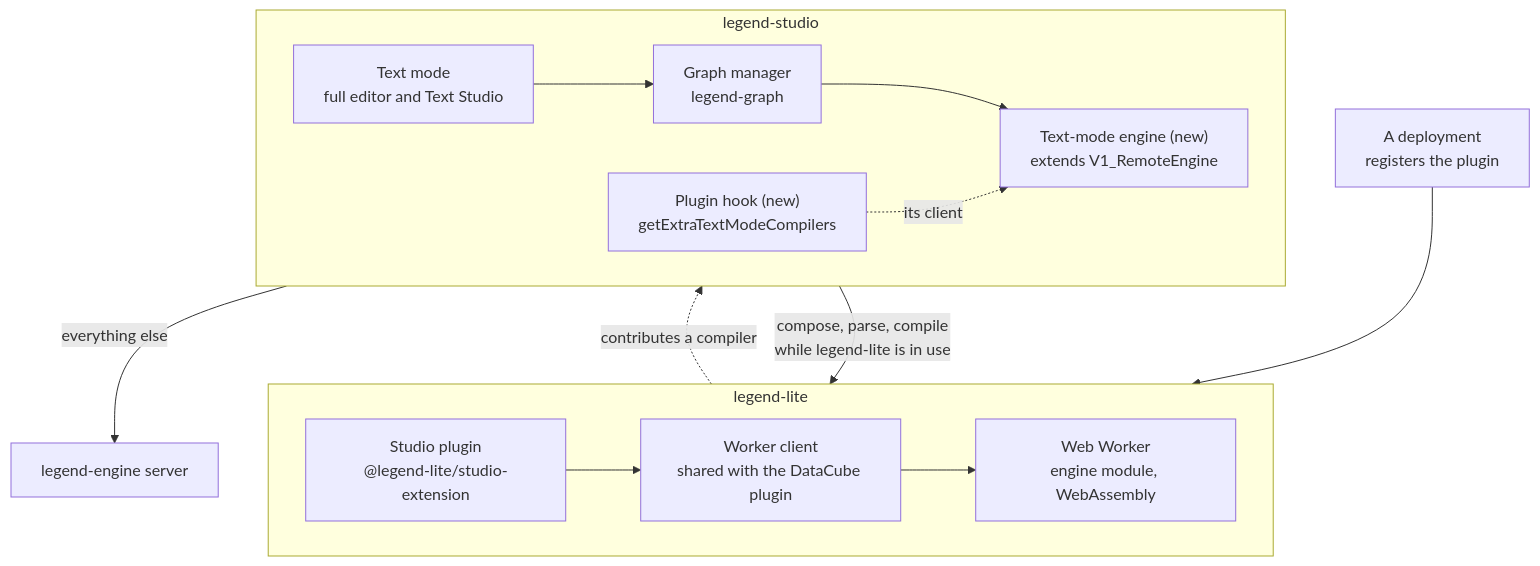
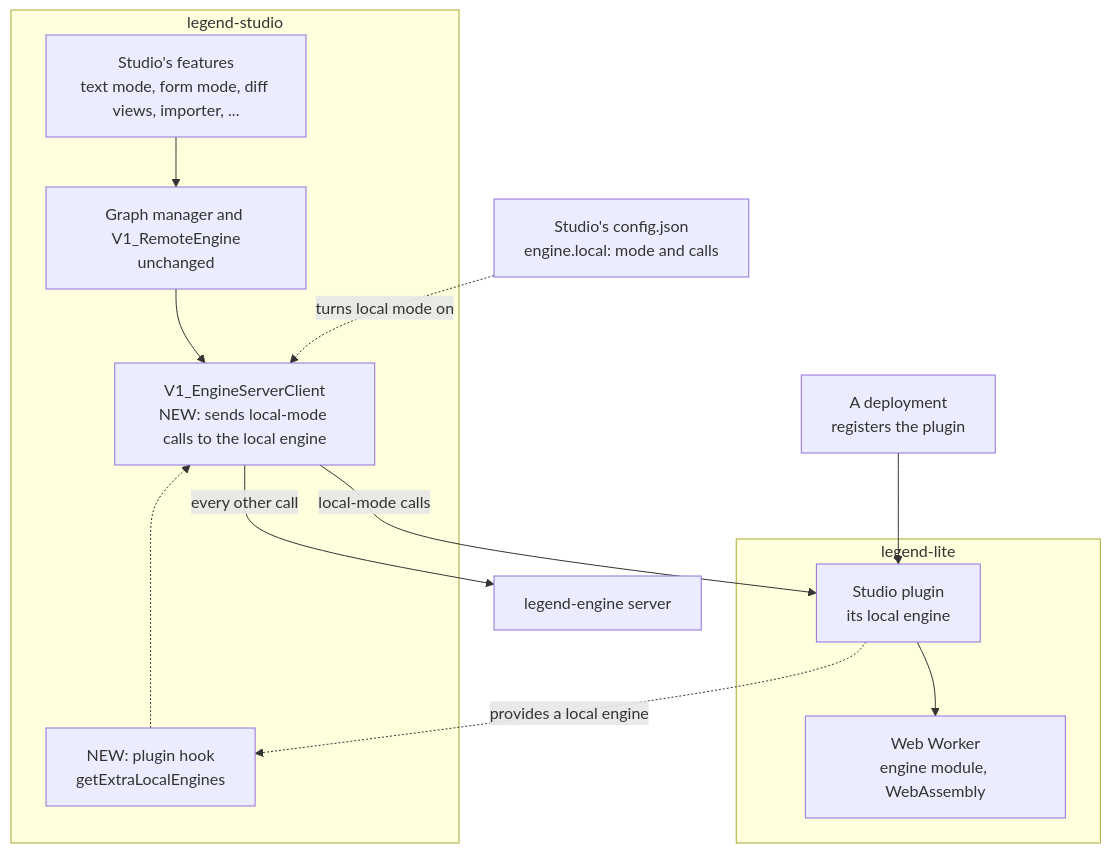
The first of 4 diagrams in docs/LEGEND_STUDIO_TEXT_MODE_PLAN_2026_11_23.md (MauricioUyaguari/legend-lite), drawn with Mermaid before and after one commit. The commit also changed other lines of this file and 2 other files, not shown here.

First line of the commit message:
docs: the Studio plan cut by engine call -- local mode, a config flag, a project check, a growing set of calls

````diff
--- a/docs/LEGEND_STUDIO_TEXT_MODE_PLAN_2026_11_23.md
+++ b/docs/LEGEND_STUDIO_TEXT_MODE_PLAN_2026_11_23.md
@@ -239,19 +294,22 @@
 ```mermaid
 flowchart TB
-    DP["A deployment<br/>registers the plugin"]
+    CFG["Studio's config.json<br/>engine.local: mode and calls"]
+    subgraph S["legend-studio"]
+        APP["Studio's features<br/>text mode, form mode, diff views, importer, ..."]
+        GM["Graph manager and V1_RemoteEngine<br/>unchanged"]
+        CL["V1_EngineServerClient<br/>NEW: sends local-mode calls to the local engine"]
+        HK["NEW: plugin hook<br/>getExtraLocalEngines"]
+        APP --> GM --> CL
+    end
     subgraph L["legend-lite"]
-        direction LR
-        PL["Studio plugin<br/>@legend-lite/studio-extension"] --> CL["Worker client<br/>shared with the DataCube plugin"] --> WK["Web Worker<br/>engine module, WebAssembly"]
+        PL["Studio plugin<br/>its local engine"]
+        WK["Web Worker<br/>engine module, WebAssembly"]
+        PL --> WK
     end
-    subgraph S["legend-studio"]
-        direction LR
-        TM["Text mode<br/>full editor and Text Studio"] --> GM["Graph manager<br/>legend-graph"] --> RE["Text-mode engine (new)<br/>extends V1_RemoteEngine"]
-        HK["Plugin hook (new)<br/>getExtraTextModeCompilers"]
-    end
-    EN["legend-engine server"]
-    DP --> PL
-    PL -. "contributes a compiler" .-> HK
-    HK -. "its client" .-> RE
-    RE -- "compose, parse, compile<br/>while legend-lite is in use" --> CL
-    RE -- "everything else" --> EN
+    DP["A deployment<br/>registers the plugin"] --> PL
+    CFG -. "turns local mode on" .-> CL
+    PL -. "provides a local engine" .-> HK
+    HK -.-> CL
+    CL -- "local-mode calls" --> PL
+    CL -- "every other call" --> EN["legend-engine server"]
 ```
````
